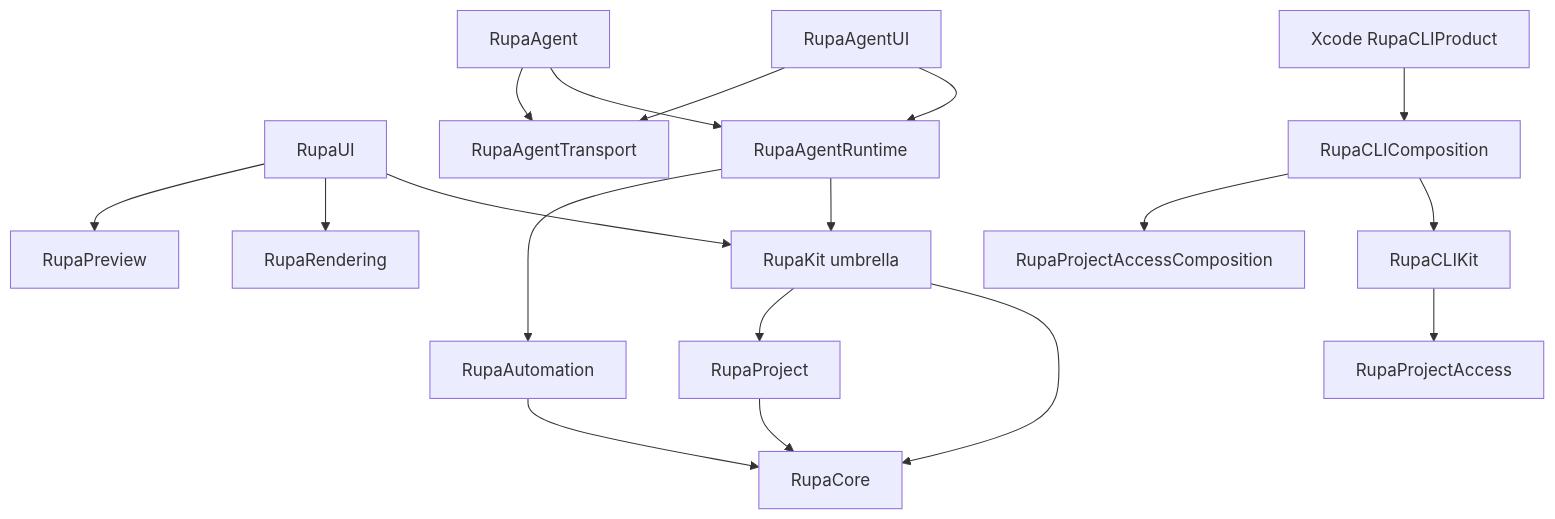
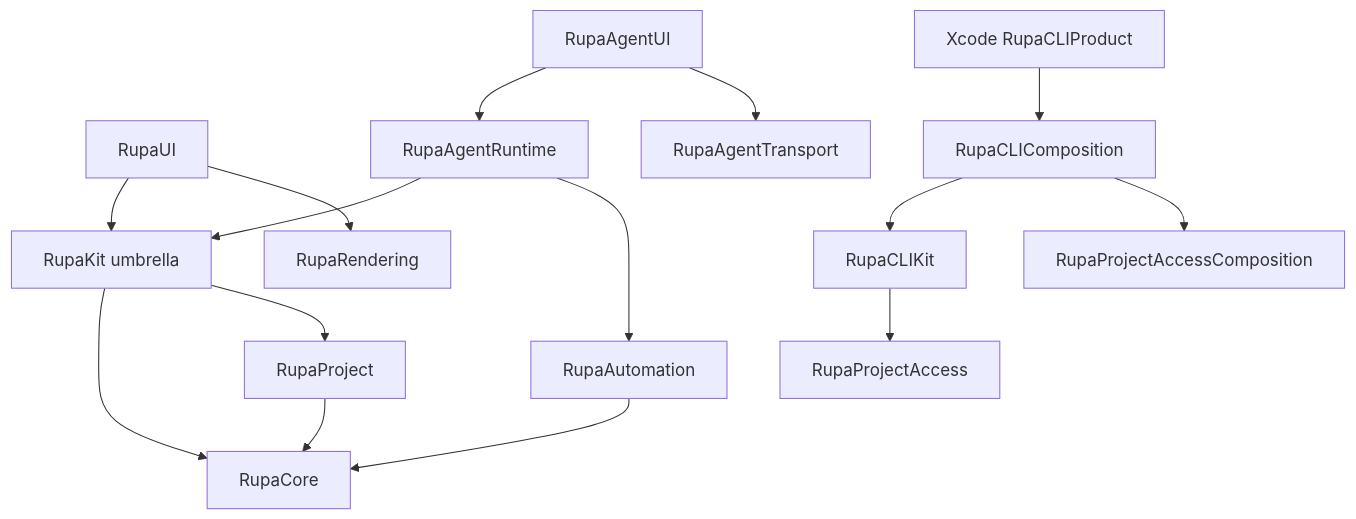
One commit to 1amageek/Rupa changed the fourth of 12 diagrams in Rupa/PHILOSOPHY.md. Above: the diagram before and after it, drawn with Mermaid. The commit also changed other lines of this file and 7 other files, not shown here.

Commit message:
Align remaining architecture references

````diff
--- a/Rupa/PHILOSOPHY.md
+++ b/Rupa/PHILOSOPHY.md
@@ -93,20 +93,17 @@
 ```mermaid
 flowchart TD
     Umbrella["RupaKit umbrella"] --> Core["RupaCore"]
     Umbrella --> Project["RupaProject"]
     Project --> Core
     UI["RupaUI"] --> Umbrella
     UI --> Rendering["RupaRendering"]
-    UI --> Preview["RupaPreview"]
     Automation["RupaAutomation"] --> Core
     AgentUI["RupaAgentUI"] --> Runtime["RupaAgentRuntime"]
     AgentUI --> Transport["RupaAgentTransport"]
     Runtime --> Umbrella
     Runtime --> Automation
-    Agent["RupaAgent"] --> Runtime
-    Agent --> Transport
     CLIProduct["Xcode RupaCLIProduct"] --> CLIComposition["RupaCLIComposition"]
     CLIComposition --> CLIKit["RupaCLIKit"]
     CLIComposition --> AccessComposition["RupaProjectAccessComposition"]
     CLIKit --> Access["RupaProjectAccess"]
 ```
````
